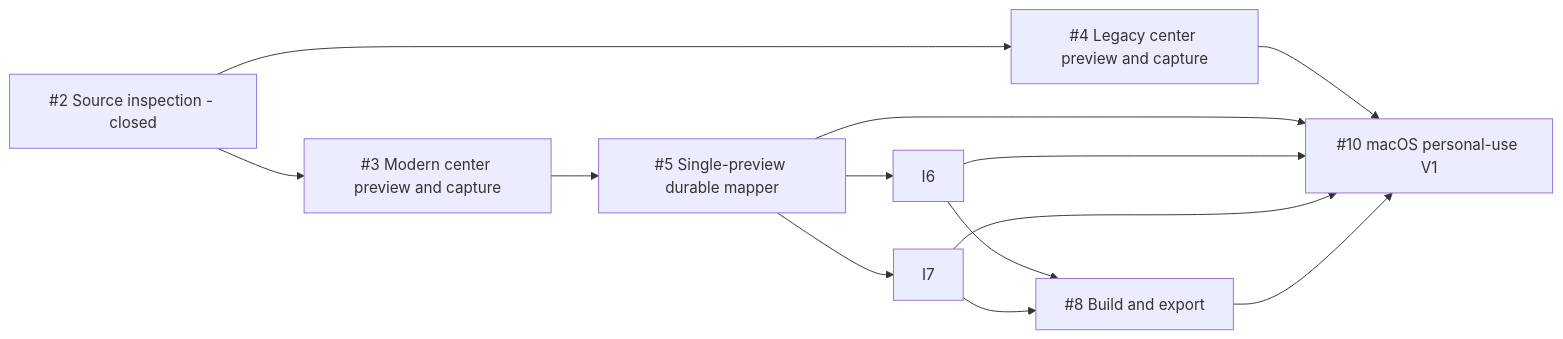
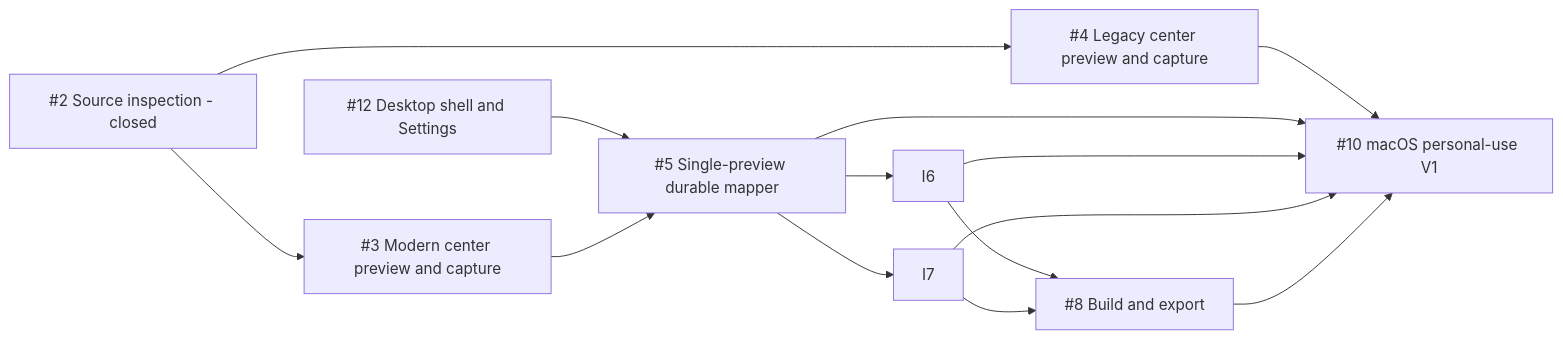
The diagram in docs/plans/live2pet-v1-implementation-plan.md (receyuki/live2pet), drawn with Mermaid before and after one commit. The commit also changed other lines of this file and 2 other files, not shown here.

Commit message:
docs: redesign desktop app workflow

````diff
--- a/docs/plans/live2pet-v1-implementation-plan.md
+++ b/docs/plans/live2pet-v1-implementation-plan.md
@@ -132,15 +164,16 @@
 ```mermaid
 flowchart LR
     I2[#2 Source inspection - closed] --> I3[#3 Modern center preview and capture]
     I2 --> I4[#4 Legacy center preview and capture]
+    UI[#12 Desktop shell and Settings] --> I5
     I3 --> I5[#5 Single-preview durable mapper]
     I5 --> I6
     I5 --> I7
     I6 --> I8[#8 Build and export]
     I7 --> I8
     I4 --> I10[#10 macOS personal-use V1]
     I5 --> I10
     I6 --> I10
     I7 --> I10
     I8 --> I10
 ```
````
